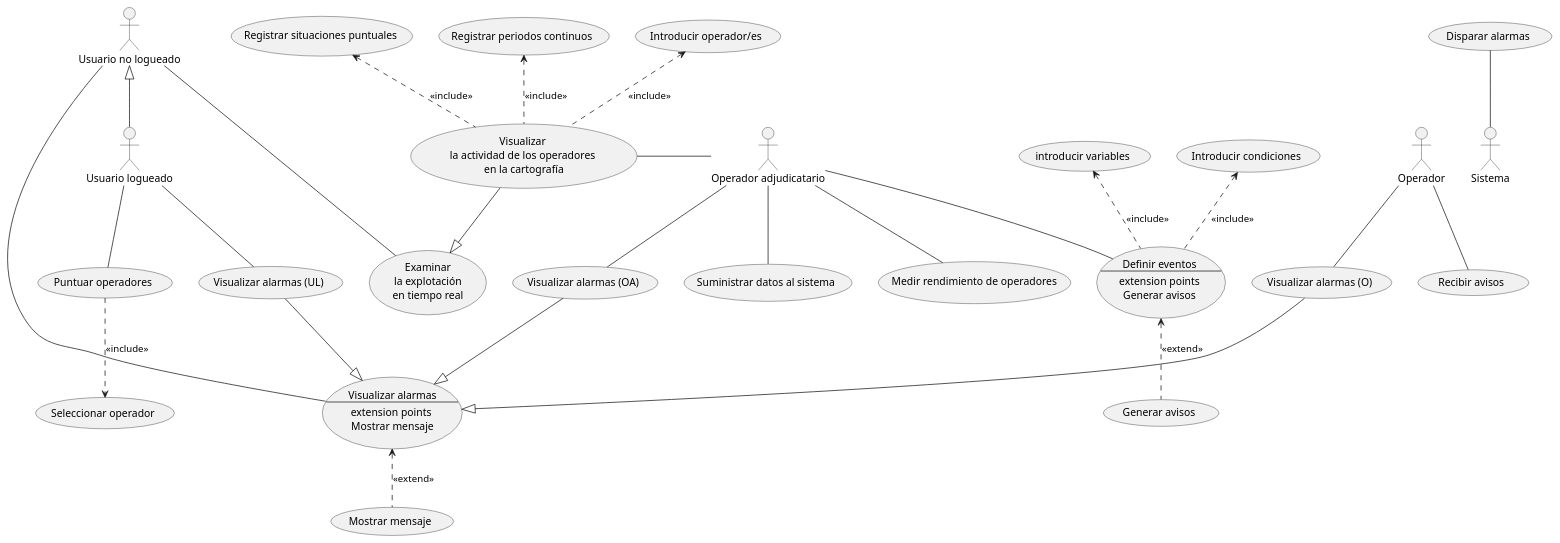
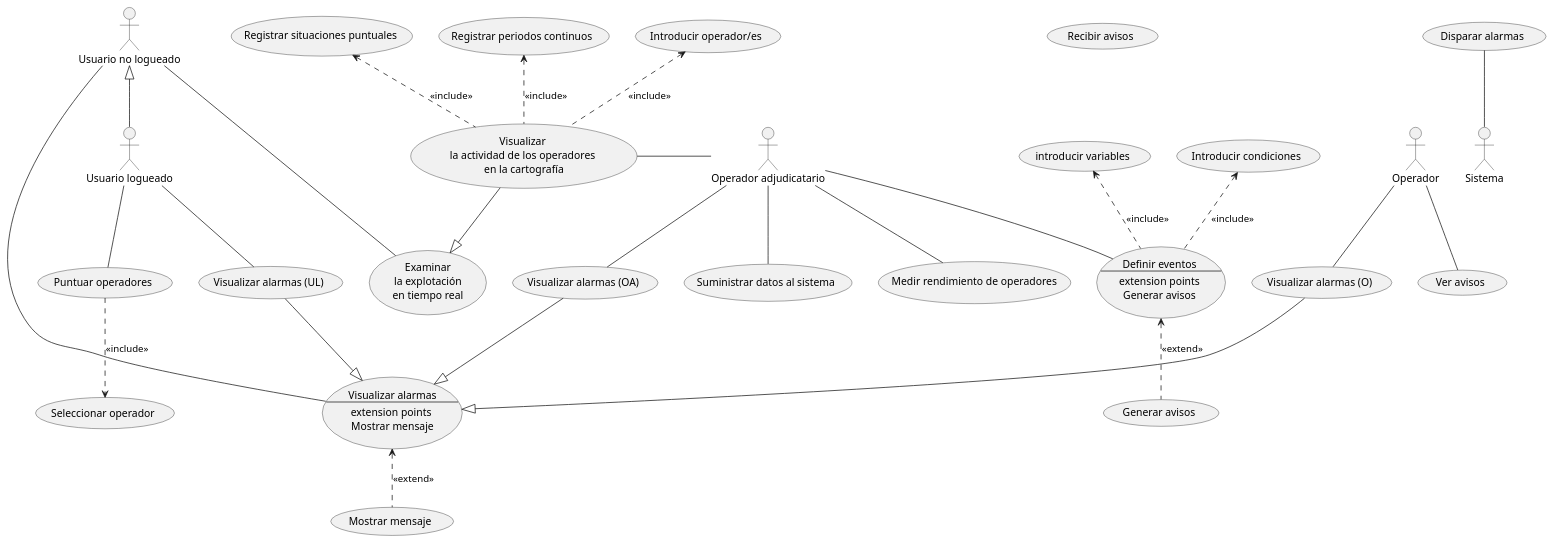
The diagram in Proyecto/source/SMET.puml (cgg734/INRE-UAL-MORADO-2022-2023), drawn with PlantUML before and after one commit. The commit also changed 2 other files, not shown here.

```diff
--- a/Proyecto/source/SMET.puml
+++ b/Proyecto/source/SMET.puml
@@ -1,50 +1,50 @@
 @startuml Sistema de informacion
 actor OA as "Operador adjudicatario"
 actor Operador
 actor UR as "Usuario logueado"
 actor UNR as "Usuario no logueado"
 usecase (Visualizar \nla actividad de los operadores \nen la cartografía) as VisualAct
 OA-left-VisualAct
 (Registrar situaciones puntuales)<..VisualAct : <<include>>
 (Registrar periodos continuos)<..VisualAct : <<include>>
 usecase (Visualizar alarmas UR) as "Visualizar alarmas (UL)"
 usecase (Visualizar alarmas OA) as "Visualizar alarmas (OA)"
 usecase (Visualizar alarmas O) as "Visualizar alarmas (O)"
 usecase VA as "Visualizar alarmas 
 --
 extension points 
 Mostrar mensaje"
 usecase (Recibir avisos)
 usecase DE as "Definir eventos 
 --
 extension points
 Generar avisos"
 
 usecase (Generar avisos) as GA
 usecase EX as "Examinar 
 la explotación
 en tiempo real"
 OA--(Visualizar alarmas OA)
 UR--(Visualizar alarmas UR)
 Operador--(Visualizar alarmas O)
 (Visualizar alarmas O)--|>VA
 (Visualizar alarmas OA)--|>VA
 (Visualizar alarmas UR)--|>VA
-Operador--(Recibir avisos)
+Operador--(Ver avisos)
 OA--DE
 (introducir variables)<..DE : <<include>> 
 (Introducir condiciones)<..DE : <<include>>
 DE<..GA : <<extend>>
 UNR--EX
 VisualAct--|>EX
 (Introducir operador/es)<..VisualAct : <<include>>
 UNR-right-VA
 UNR<|--UR
 (Disparar alarmas)--Sistema
 OA--(Suministrar datos al sistema)
 usecase PO as "Puntuar operadores"
 UR--PO
 (Seleccionar operador)<.up.PO : <<include>>
 OA--(Medir rendimiento de operadores)
 (Mostrar mensaje).up.>VA : <<extend>>
 @enduml
```
